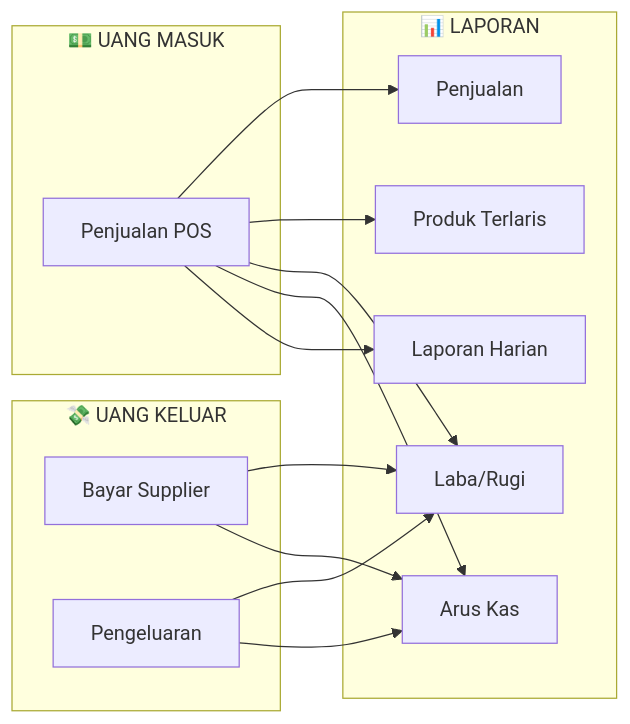
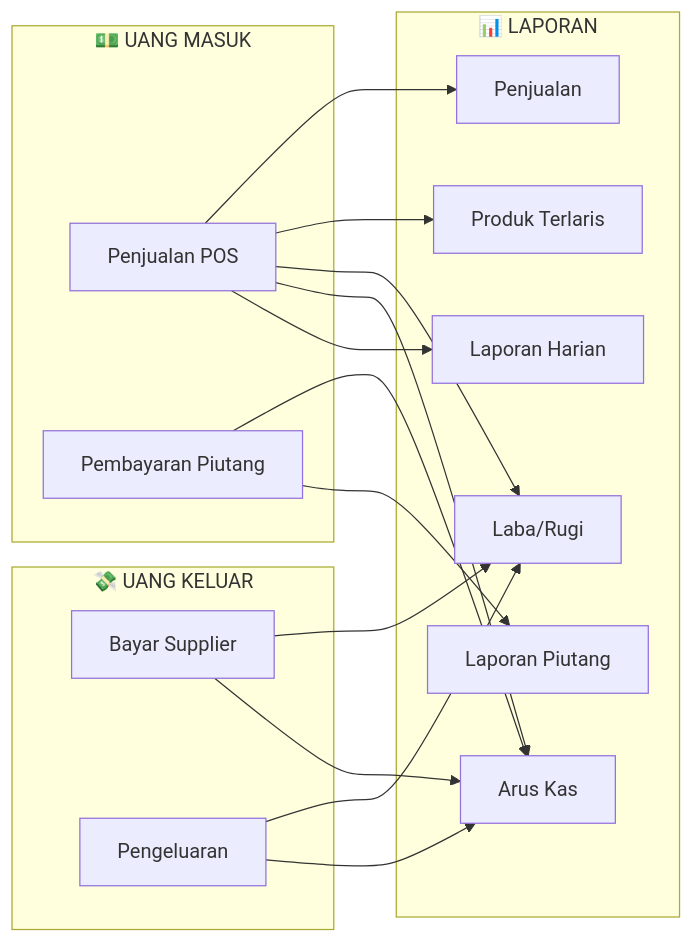
One commit to teddferdy/FE-POS-App changed the fifth of 45 diagrams in PANDUAN-SUPER-ADMIN.md. Above: the diagram before and after it, drawn with Mermaid. The commit also changed other lines of this file, not shown here.

````diff
--- a/PANDUAN-SUPER-ADMIN.md
+++ b/PANDUAN-SUPER-ADMIN.md
@@ -200,29 +200,33 @@
 ```mermaid
 flowchart LR
     subgraph MASUK["💵 UANG MASUK"]
         POS["Penjualan POS"]
+        AR["Pembayaran Piutang"]
     end
 
     subgraph KELUAR["💸 UANG KELUAR"]
         PO_BAYAR["Bayar Supplier"]
         EXP["Pengeluaran"]
     end
 
-    subgraph LAPOR["📊 LAPORAN"]
+    subgraph LAPORAN["📊 LAPORAN"]
         SALES["Penjualan"]
         BEST["Produk Terlaris"]
         PL["Laba/Rugi"]
         CASH["Arus Kas"]
         DAILY["Laporan Harian"]
+        AR_REPORT["Laporan Piutang"]
     end
 
     POS --> SALES
     POS --> BEST
     POS --> PL
+    AR --> CASH
     PO_BAYAR --> PL
     EXP --> PL
     POS --> CASH
     PO_BAYAR --> CASH
     EXP --> CASH
     POS --> DAILY
+    AR --> AR_REPORT
 ```
````
